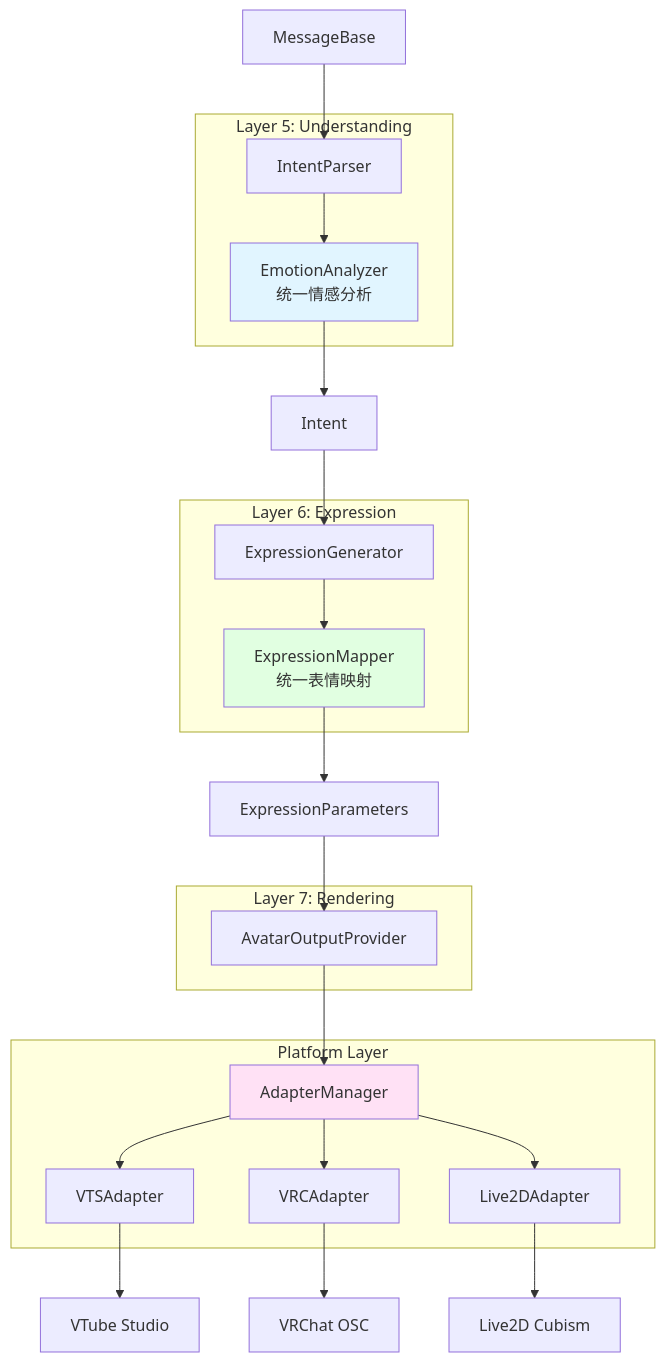
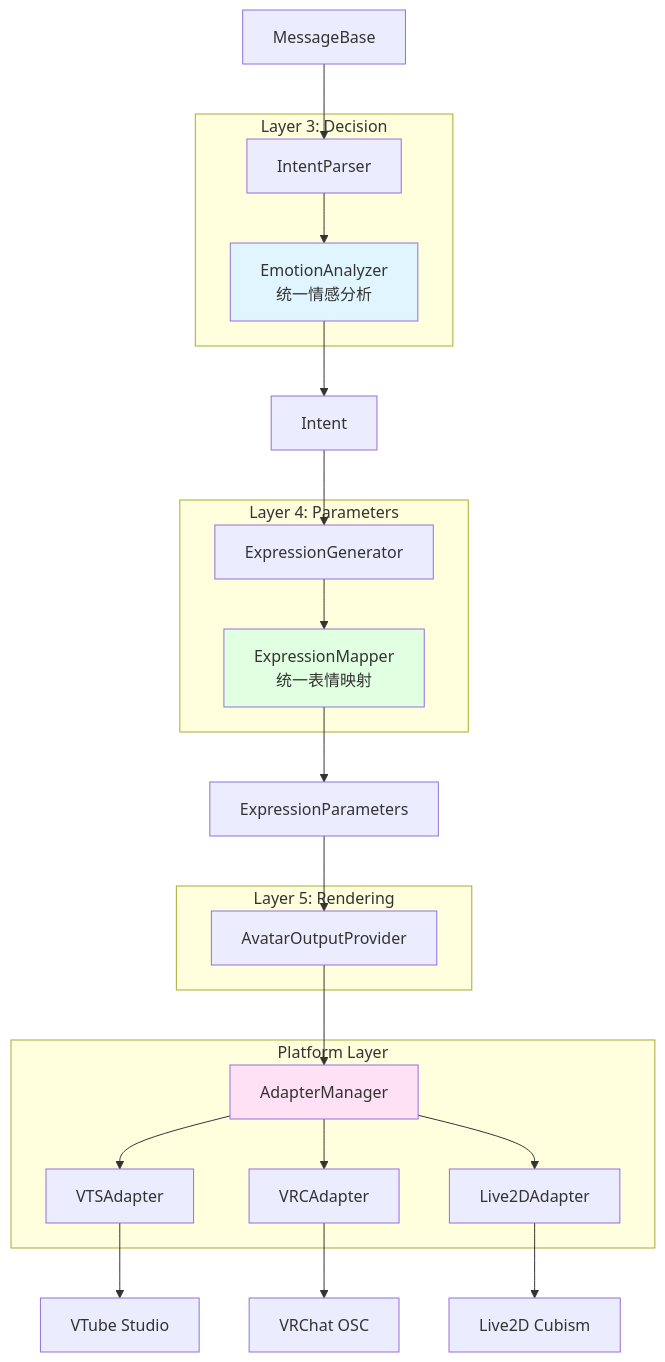
One commit to Mai-with-u/Amaidesu changed the second of 3 diagrams in refactor/design/avatar_refactoring.md. Above: the diagram before and after it, drawn with Mermaid. The commit also changed other lines of this file and 17 other files, not shown here.

````diff
--- a/refactor/design/avatar_refactoring.md
+++ b/refactor/design/avatar_refactoring.md
@@ -69,45 +69,45 @@
 ```mermaid
 graph TB
-    subgraph "Layer 5: Understanding"
+    subgraph "Layer 3: Decision"
         INTENT_PARSER[IntentParser]
         EMOTION_ANALYZER[EmotionAnalyzer<br/>统一情感分析]
     end
 
-    subgraph "Layer 6: Expression"
+    subgraph "Layer 4: Parameters"
         EXPR_GEN[ExpressionGenerator]
         EXPR_MAPPER[ExpressionMapper<br/>统一表情映射]
     end
 
-    subgraph "Layer 7: Rendering"
+    subgraph "Layer 5: Rendering"
         AVATAR_PROVIDER[AvatarOutputProvider]
     end
 
     subgraph "Platform Layer"
         ADAPTER_MGR[AdapterManager]
         VTS[VTSAdapter]
         VRC[VRCAdapter]
         LIVE2D[Live2DAdapter]
     end
 
     MSG[MessageBase] --> INTENT_PARSER
     INTENT_PARSER --> EMOTION_ANALYZER
     EMOTION_ANALYZER --> INTENT[Intent]
     
     INTENT --> EXPR_GEN
     EXPR_GEN --> EXPR_MAPPER
     EXPR_MAPPER --> PARAMS[ExpressionParameters]
     
     PARAMS --> AVATAR_PROVIDER
     AVATAR_PROVIDER --> ADAPTER_MGR
     ADAPTER_MGR --> VTS
     ADAPTER_MGR --> VRC
     ADAPTER_MGR --> LIVE2D
 
     VTS --> VTS_API[VTube Studio]
     VRC --> VRC_API[VRChat OSC]
     LIVE2D --> LIVE2D_API[Live2D Cubism]
 
     style EMOTION_ANALYZER fill:#e1f5ff
     style EXPR_MAPPER fill:#e1ffe1
     style ADAPTER_MGR fill:#ffe1f5
 ```
````
